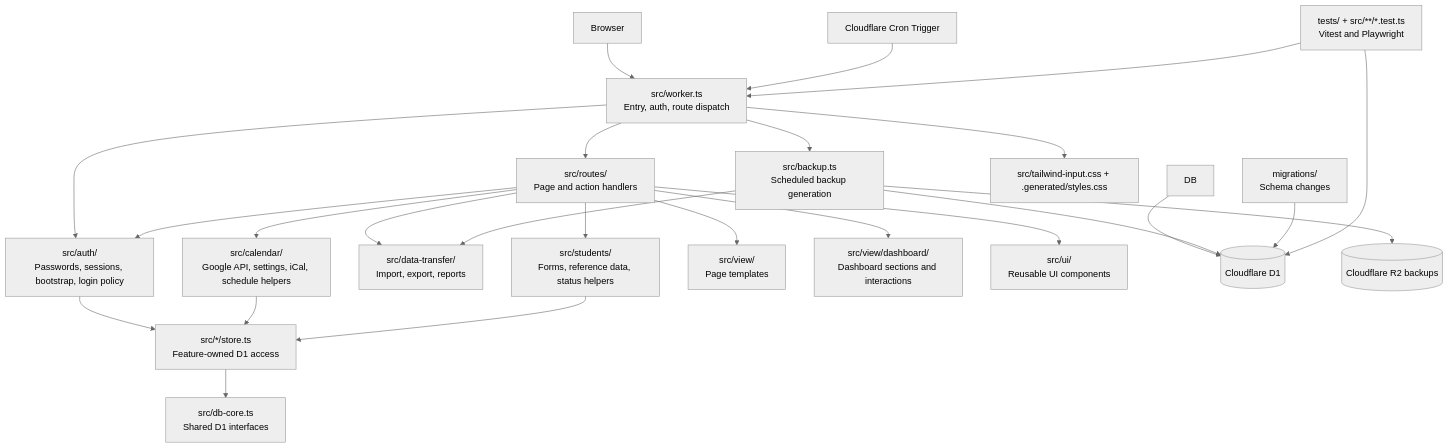
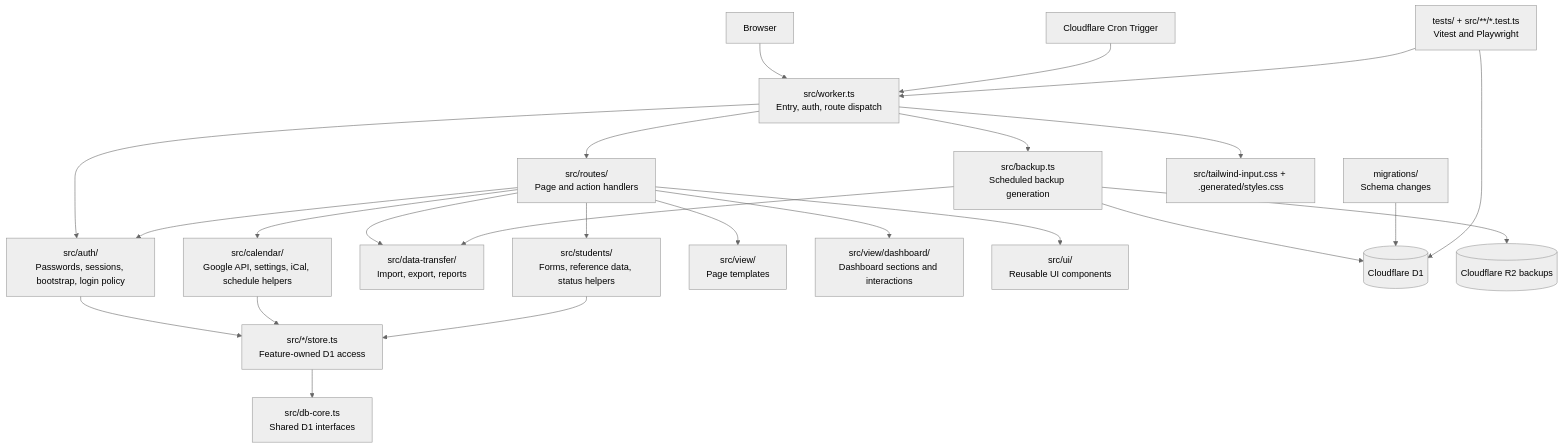
One commit to bebraw/thesis-journey-tracker changed the diagram in docs/project-structure.md. Above: the diagram before and after it, drawn with Mermaid (neutral theme). The commit also changed other lines of this file and 5 other files, not shown here.

````diff
--- a/docs/project-structure.md
+++ b/docs/project-structure.md
@@ -36,47 +37,46 @@
 ```mermaid
 graph TD
     Browser[Browser]
     Worker[src/worker.ts<br/>Entry, auth, route dispatch]
     Routes[src/routes/<br/>Page and action handlers]
     Auth[src/auth/<br/>Passwords, sessions, bootstrap, login policy]
     Calendar[src/calendar/<br/>Google API, settings, iCal, schedule helpers]
     DataTransfer[src/data-transfer/<br/>Import, export, reports]
     Students[src/students/<br/>Forms, reference data, status helpers]
     Stores[src/*/store.ts<br/>Feature-owned D1 access]
     DBCore[src/db-core.ts<br/>Shared D1 interfaces]
     Views[src/view/<br/>Page templates]
     Dashboard[src/view/dashboard/<br/>Dashboard sections and interactions]
     UI[src/ui/<br/>Reusable UI components]
     Backup[src/backup.ts<br/>Scheduled backup generation]
     D1[(Cloudflare D1)]
     R2[(Cloudflare R2 backups)]
     Migrations[migrations/<br/>Schema changes]
     Tests[tests/ + src/**/*.test.ts<br/>Vitest and Playwright]
     CSS[src/tailwind-input.css + .generated/styles.css]
     Cron[Cloudflare Cron Trigger]
 
     Browser --> Worker
     Worker --> Routes
     Worker --> Auth
     Routes --> Views
     Routes --> Dashboard
     Routes --> UI
     Routes --> Auth
     Routes --> Calendar
     Routes --> DataTransfer
     Routes --> Students
     Auth --> Stores
     Calendar --> Stores
     Students --> Stores
     Stores --> DBCore
     Worker --> Backup
     Worker --> CSS
-    DB --> D1
     Cron --> Worker
     Backup --> D1
     Backup --> R2
     Backup --> DataTransfer
     Migrations --> D1
     Tests --> Worker
     Tests --> D1
 ```
````
